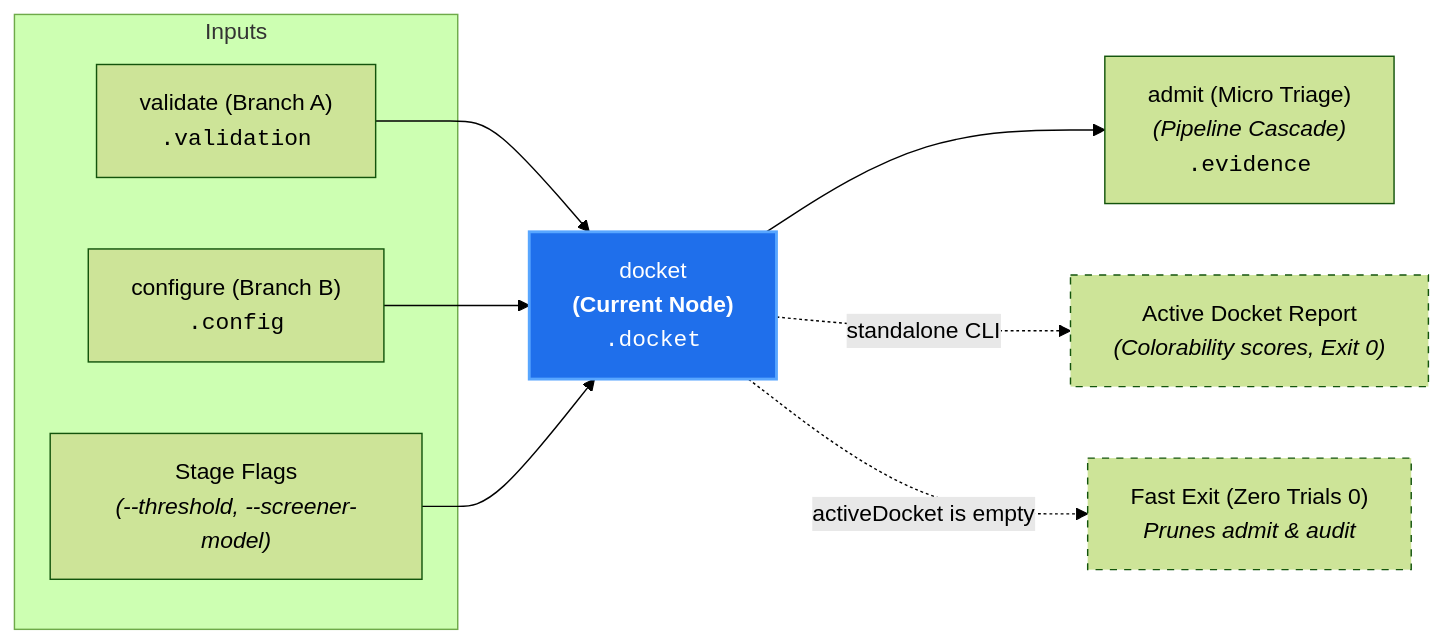
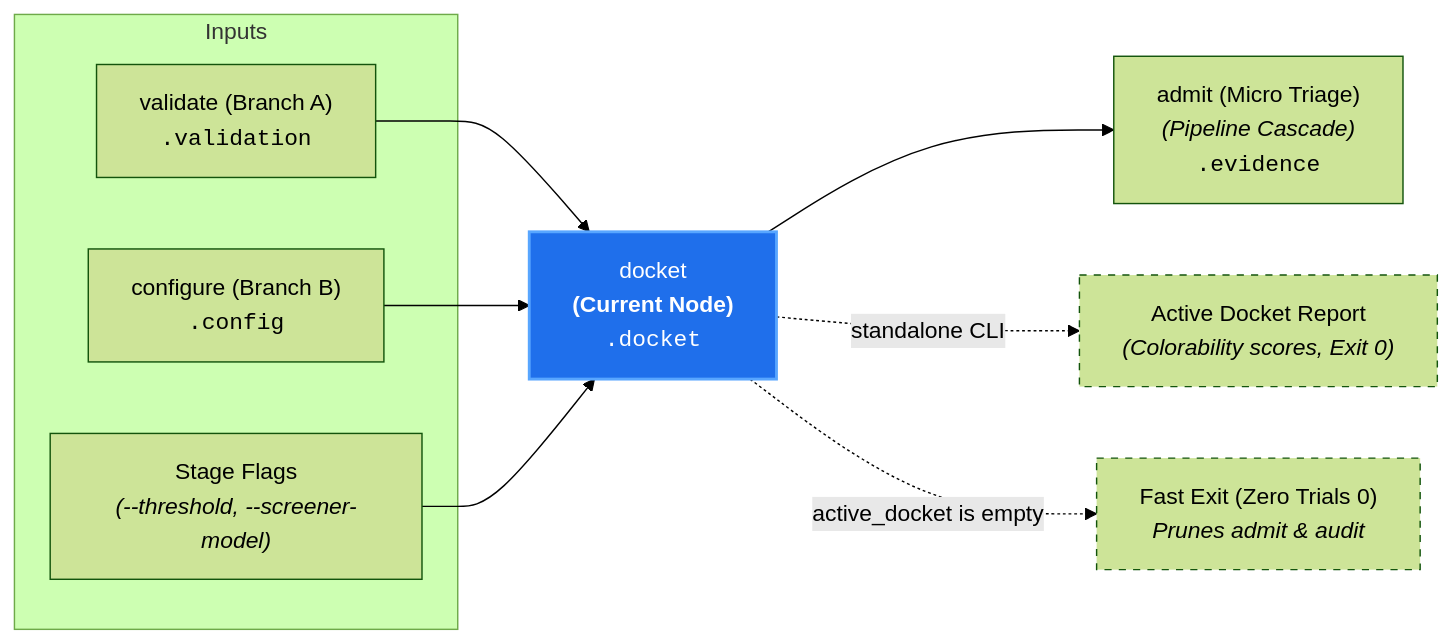
One commit to PAIR-code/canon-clerk changed the diagram in docs/architecture/nodes/docket.md. Above: the diagram before and after it, drawn with Mermaid (forest theme). The commit also changed other lines of this file and 9 other files, not shown here.

Commit message:
docs(architecture): standardize metric pairs, schemas, and status fields on snake_case

````diff
--- a/docs/architecture/nodes/docket.md
+++ b/docs/architecture/nodes/docket.md
@@ -22,20 +22,20 @@
 ```mermaid
 flowchart LR
     subgraph Inputs["Inputs"]
         Validate["validate (Branch A)<br/><code>.validation</code>"]
         Config["configure (Branch B)<br/><code>.config</code>"]
         Params["Stage Flags<br/><i>(--threshold, --screener-model)</i>"]
     end
 
     Validate --> Docket["docket<br/><b>(Current Node)</b><br/><code>.docket</code>"]
     Config --> Docket
     Params --> Docket
 
     Docket --> Admit["admit (Micro Triage)<br/><i>(Pipeline Cascade)</i><br/><code>.evidence</code>"]
     Docket -. "standalone CLI" .-> DocketReport["Active Docket Report<br/><i>(Colorability scores, Exit 0)</i>"]
-    Docket -. "activeDocket is empty" .-> ZeroCases["Fast Exit (Zero Trials 0)<br/><i>Prunes admit & audit</i>"]
+    Docket -. "active_docket is empty" .-> ZeroCases["Fast Exit (Zero Trials 0)<br/><i>Prunes admit & audit</i>"]
 
     style Docket fill:#1f6feb,stroke:#58a6ff,stroke-width:2px,color:#fff
     style DocketReport stroke-dasharray: 5 5
     style ZeroCases stroke-dasharray: 5 5
 ```
````
